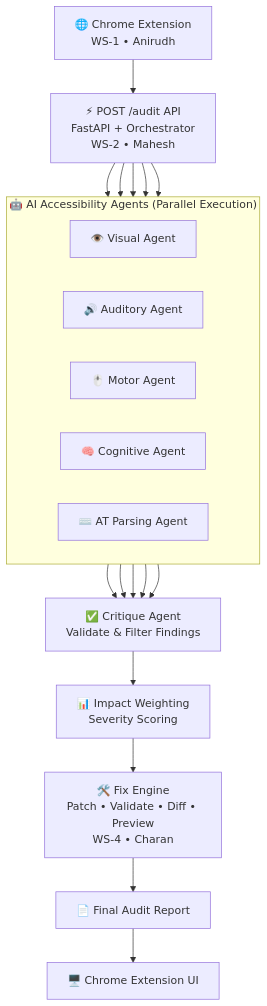
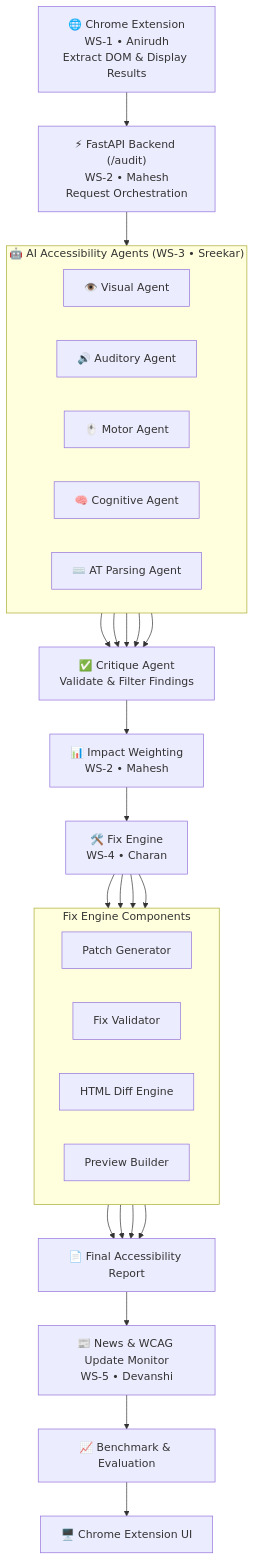
Before and after one commit to sreeks7675/AccessAI: the diagram in README.md, drawn with Mermaid. The commit also changed other lines of this file, not shown here.

````diff
--- a/README.md
+++ b/README.md
@@ -11,40 +9,64 @@
 ```mermaid
 flowchart TD
 
-A["🌐 Chrome Extension<br/>WS-1 • Anirudh"]
+A["🌐 Chrome Extension<br/>WS-1 • Anirudh<br/>Extract DOM & Display Results"]
 
-A --> B["⚡ POST /audit API<br/>FastAPI + Orchestrator<br/>WS-2 • Mahesh"]
+A --> B["⚡ FastAPI Backend (/audit)<br/>WS-2 • Mahesh<br/>Request Orchestration"]
 
-subgraph AG["🤖 AI Accessibility Agents (Parallel Execution)"]
+B --> C
+
+subgraph C["🤖 AI Accessibility Agents (WS-3 • Sreekar)"]
 direction LR
 
 V["👁️ Visual Agent"]
 AU["🔊 Auditory Agent"]
 M["🖱️ Motor Agent"]
-C["🧠 Cognitive Agent"]
+COG["🧠 Cognitive Agent"]
 AT["⌨️ AT Parsing Agent"]
 
 end
 
-B --> V
-B --> AU
-B --> M
-B --> C
-B --> AT
+V --> D
+AU --> D
+M --> D
+COG --> D
+AT --> D
 
-V --> CR
-AU --> CR
-M --> CR
-C --> CR
-AT --> CR
+D["✅ Critique Agent<br/>Validate & Filter Findings"]
 
-CR["✅ Critique Agent<br/>Validate & Filter Findings"]
+D --> E
 
-CR --> IW["📊 Impact Weighting<br/>Severity Scoring"]
+E["📊 Impact Weighting<br/>WS-2 • Mahesh"]
 
-IW --> FE["🛠️ Fix Engine<br/>Patch • Validate • Diff • Preview<br/>WS-4 • Charan"]
+E --> F
 
-FE --> RJ["📄 Final Audit Report"]
+F["🛠️ Fix Engine<br/>WS-4 • Charan"]
 
-RJ --> UI["🖥️ Chrome Extension UI"]
+subgraph FIX["Fix Engine Components"]
+direction LR
+
+PG["Patch Generator"]
+FV["Fix Validator"]
+DE["HTML Diff Engine"]
+PB["Preview Builder"]
+
+end
+
+F --> PG
+F --> FV
+F --> DE
+F --> PB
+
+PG --> G
+FV --> G
+DE --> G
+PB --> G
+
+G["📄 Final Accessibility Report"]
+
+G --> H["📰 News & WCAG Update Monitor<br/>WS-5 • Devanshi"]
+
+H --> I["📈 Benchmark & Evaluation"]
+
+I --> J["🖥️ Chrome Extension UI"]
 ```
````
